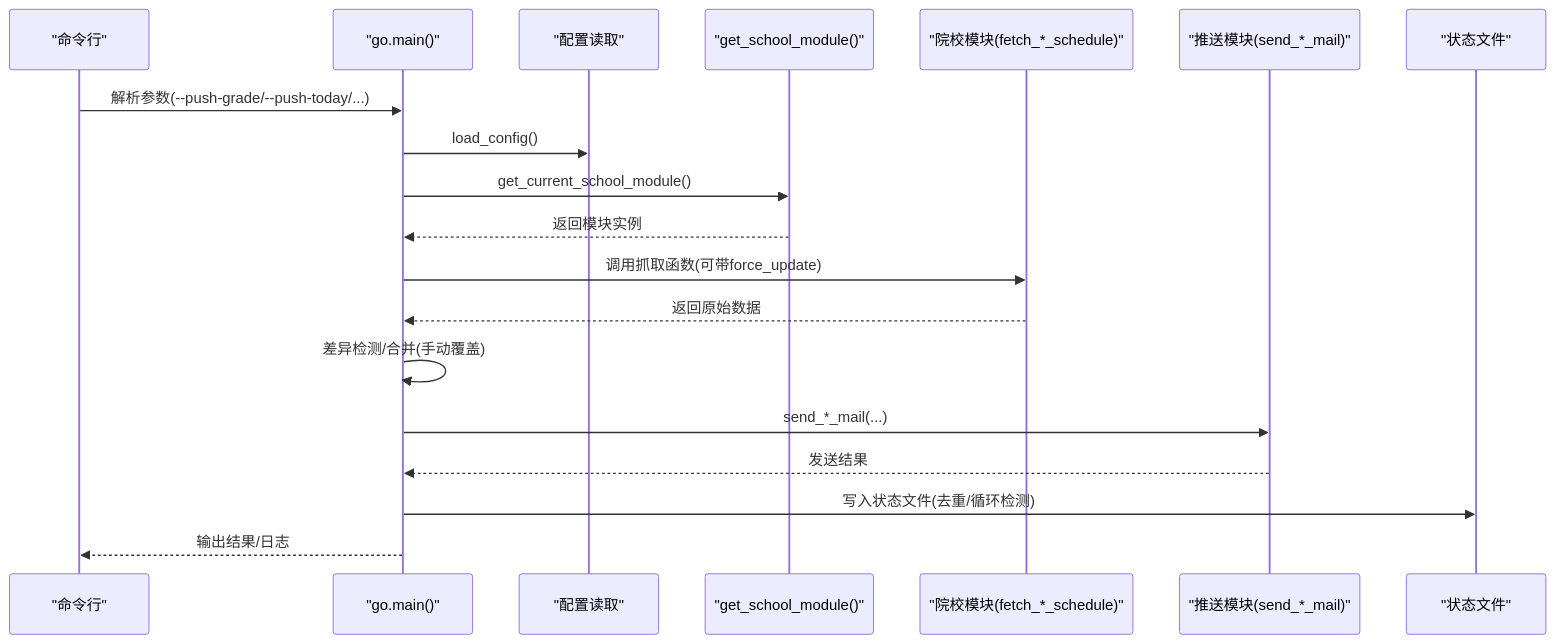
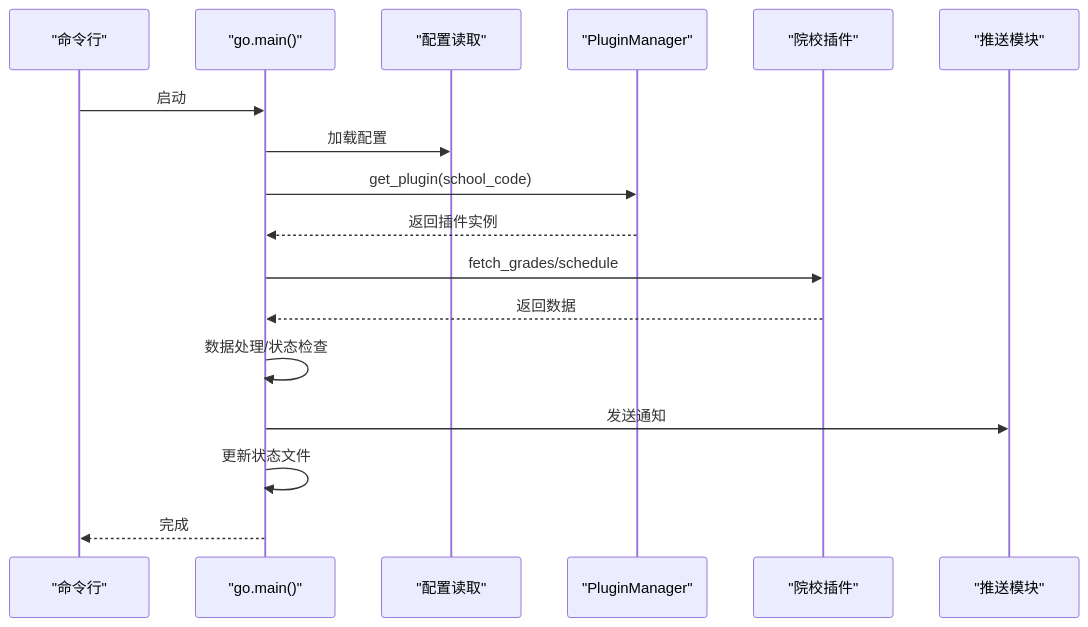
The second of 2 diagrams in .wiki/zh/content/API 参考文档/核心模块 API/核心模块 API.md (pjnt9372/Capture_Push), drawn with Mermaid before and after one commit. The commit also changed other lines of this file and 37 other files, not shown here.

````diff
--- a/.wiki/zh/content/API 参考文档/核心模块 API/核心模块 API.md
+++ b/.wiki/zh/content/API 参考文档/核心模块 API/核心模块 API.md
@@ -95,21 +66,20 @@
 ```mermaid
 sequenceDiagram
 participant CLI as "命令行"
 participant GO as "go.main()"
 participant CFG as "配置读取"
-participant SCH as "get_school_module()"
-participant MOD as "院校模块(fetch_*_schedule)"
-participant PUSH as "推送模块(send_*_mail)"
-participant STATE as "状态文件"
-CLI->>GO : 解析参数(--push-grade/--push-today/...)
-GO->>CFG : load_config()
-GO->>SCH : get_current_school_module()
-SCH-->>GO : 返回模块实例
-GO->>MOD : 调用抓取函数(可带force_update)
-MOD-->>GO : 返回原始数据
-GO->>GO : 差异检测/合并(手动覆盖)
-GO->>PUSH : send_*_mail(...)
-PUSH-->>GO : 发送结果
-GO->>STATE : 写入状态文件(去重/循环检测)
-GO-->>CLI : 输出结果/日志
+participant PM as "PluginManager"
+participant SCH as "院校插件"
+participant PUSH as "推送模块"
+
+CLI->>GO: 启动
+GO->>CFG: 加载配置
+GO->>PM: get_plugin(school_code)
+PM-->>GO: 返回插件实例
+GO->>SCH: fetch_grades/schedule
+SCH-->>GO: 返回数据
+GO->>GO: 数据处理/状态检查
+GO->>PUSH: 发送通知
+GO->>GO: 更新状态文件
+GO-->>CLI: 完成
 ```
````
